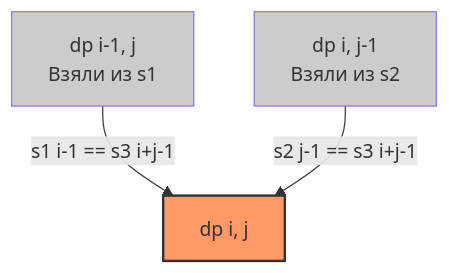
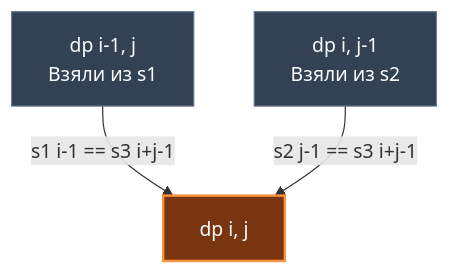
One commit to UnrealTemplier/go-textbook changed the diagram in sources/21. Задачи с LeetCode и собеседований на Go/02. Задачи/19. Динамическое программирование 2D/7. Interleaving String.md. Above: the diagram before and after it, drawn with Mermaid. The commit also changed 310 other files, not shown here.

First line of the commit message:
fix(mermaid): replace light fill colors with dark palette for readability on dark theme

````diff
--- a/sources/21. Задачи с LeetCode и собеседований на Go/02. Задачи/19. Динамическое программирование 2D/7. Interleaving String.md
+++ b/sources/21. Задачи с LeetCode и собеседований на Go/02. Задачи/19. Динамическое программирование 2D/7. Interleaving String.md
@@ -20,9 +20,9 @@
 ```mermaid
 flowchart TD
     A["dp i-1, j<br>Взяли из s1"] -->|s1 i-1 == s3 i+j-1| D["dp i, j"]
     B["dp i, j-1<br>Взяли из s2"] -->|s2 j-1 == s3 i+j-1| D
     
-    style D fill:#f96,stroke:#333,stroke-width:2px
-    style A fill:#ccc
-    style B fill:#ccc
+    style D fill:#78350f,stroke:#fb923c,stroke-width:2px,color:#f8fafc
+    style A fill:#334155,stroke:#64748b,color:#f8fafc
+    style B fill:#334155,stroke:#64748b,color:#f8fafc
 ```
````
